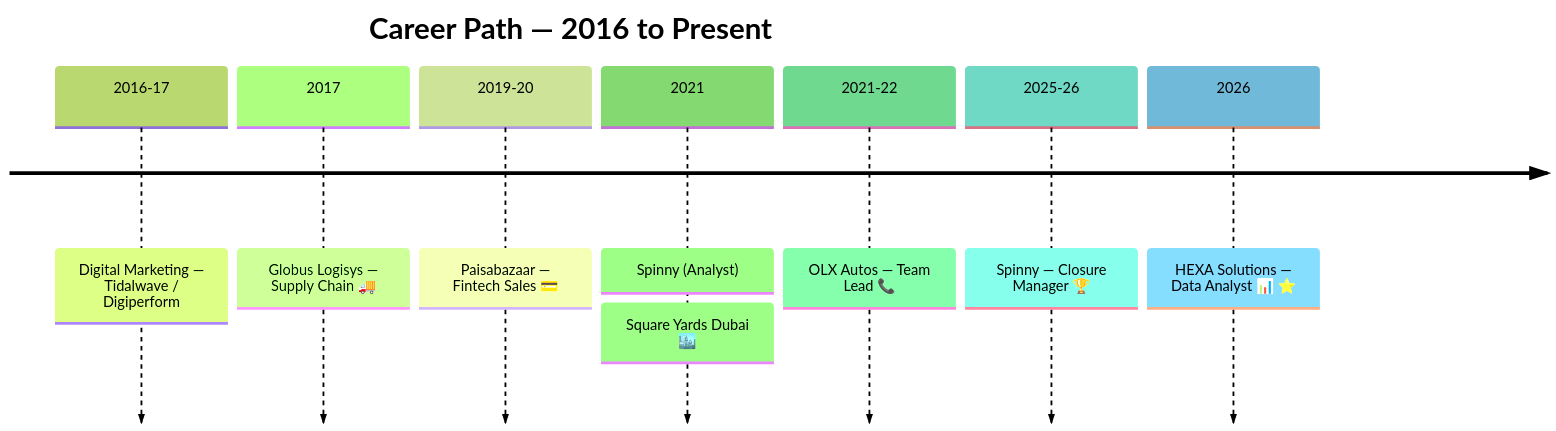
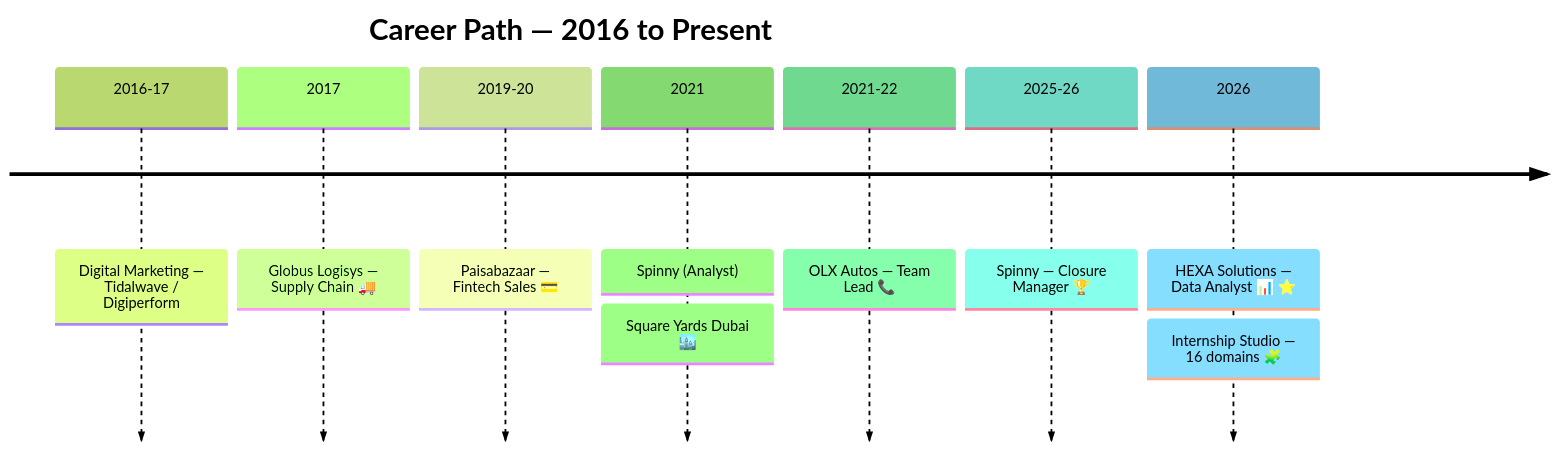
One commit to Eswar5313/Eswar5313 changed the diagram in EXPERIENCE.md. Above: the diagram before and after it, drawn with Mermaid (forest theme). The commit also changed other lines of this file, not shown here.

````diff
--- a/EXPERIENCE.md
+++ b/EXPERIENCE.md
@@ -106,11 +158,11 @@
 ```mermaid
 timeline
     title Career Path — 2016 to Present
     2016-17 : Digital Marketing — Tidalwave / Digiperform
     2017 : Globus Logisys — Supply Chain 🚚
     2019-20 : Paisabazaar — Fintech Sales 💳
     2021 : Spinny (Analyst) : Square Yards Dubai 🏙️
     2021-22 : OLX Autos — Team Lead 📞
     2025-26 : Spinny — Closure Manager 🏆
-    2026 : HEXA Solutions — Data Analyst 📊 ⭐
+    2026 : HEXA Solutions — Data Analyst 📊 ⭐ : Internship Studio — 16 domains 🧩
 ```
````
